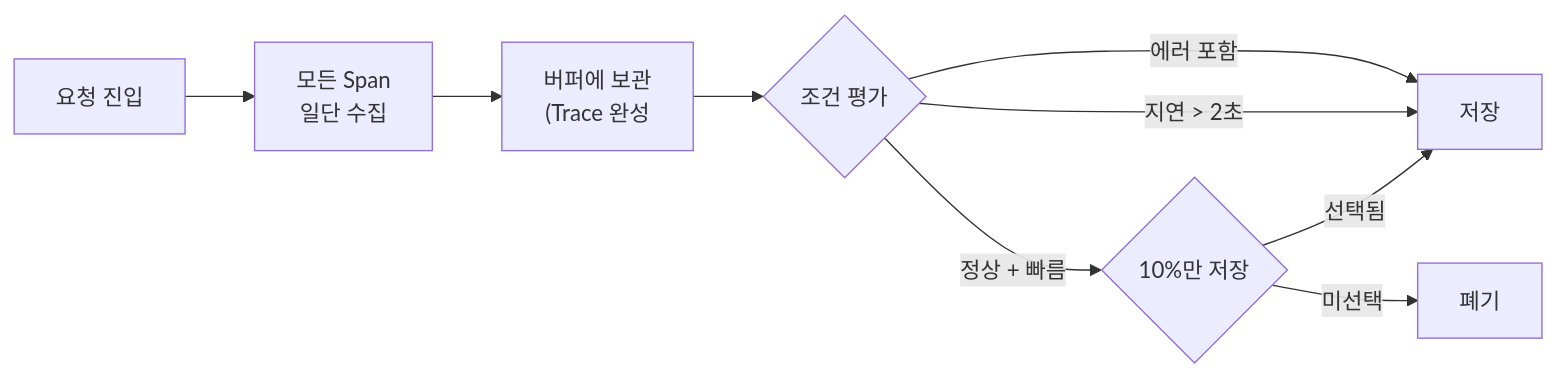
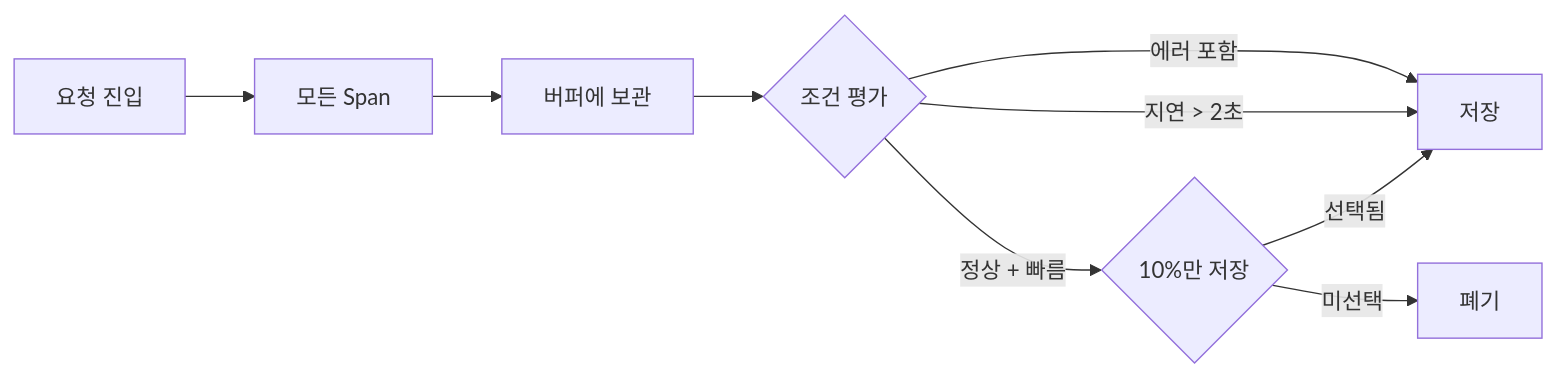
One commit to yjkim2015/yjkim2015.github.io changed the seventh of 7 diagrams in _posts/monitoring/2026-05-03-distributed-tracing.md. Above: the diagram before and after it, drawn with Mermaid. The commit also changed other lines of this file and 217 other files, not shown here.

First line of the commit message:
Mermaid 크기 수정: useMaxWidth:true + SVG max-width:100% + 라벨 축소

````diff
--- a/_posts/monitoring/2026-05-03-distributed-tracing.md
+++ b/_posts/monitoring/2026-05-03-distributed-tracing.md
@@ -430,11 +430,11 @@
 ```mermaid
 graph LR
-    REQ["요청 진입"] --> COLLECT["모든 Span\n일단 수집"]
-    COLLECT --> BUFFER["버퍼에 보관\n(Trace 완성"]
+    REQ["요청 진입"] --> COLLECT["모든 Span"]
+    COLLECT --> BUFFER["버퍼에 보관"]
     BUFFER --> EVAL{"조건 평가"}
     EVAL -->|"에러 포함"| KEEP["저장"]
     EVAL -->|"지연 > 2초"| KEEP
     EVAL -->|"정상 + 빠름"| SAMPLE{"10%만 저장"}
     SAMPLE -->|"선택됨"| KEEP
     SAMPLE -->|"미선택"| DROP["폐기"]
 ```
````
